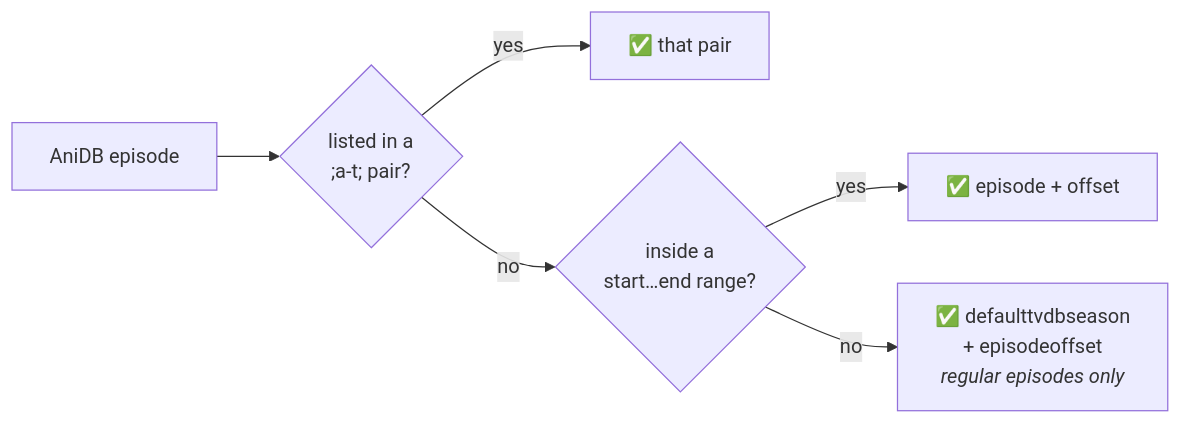
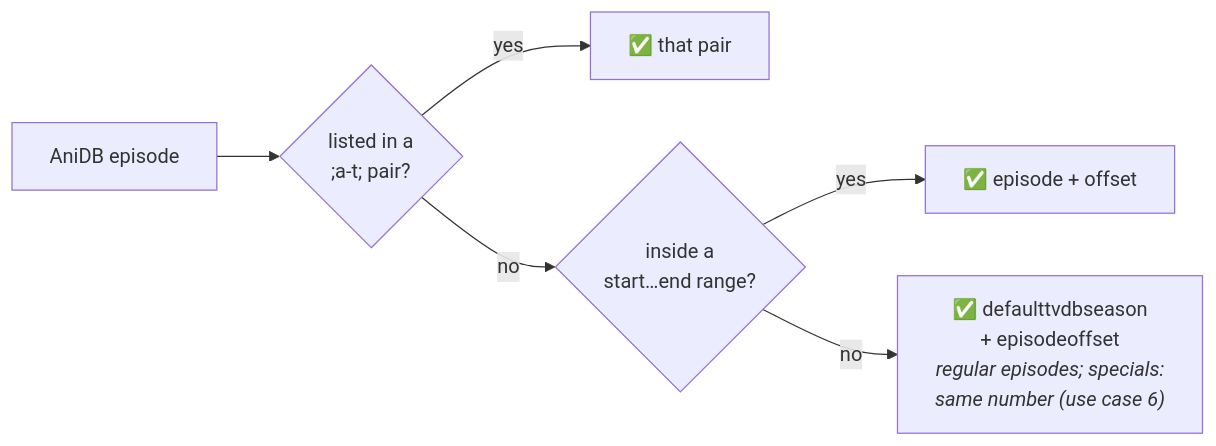
Before and after one commit to KurtzPT/kizuna: the sixth of 6 diagrams in SETUP.md, drawn with Mermaid. The commit also changed other lines of this file and 4 other files, not shown here.

````diff
--- a/SETUP.md
+++ b/SETUP.md
@@ -458,8 +455,8 @@
 ```mermaid
 flowchart LR
     A["AniDB episode"] --> P{"listed in a<br/>;a-t; pair?"}
     P -- yes --> R1["✅ that pair"]
     P -- no --> G{"inside a<br/>start…end range?"}
     G -- yes --> R2["✅ episode + offset"]
-    G -- no --> D["✅ defaulttvdbseason<br/>+ episodeoffset<br/><i>regular episodes only</i>"]
+    G -- no --> D["✅ defaulttvdbseason<br/>+ episodeoffset<br/><i>regular episodes; specials:<br/>same number (use case 6)</i>"]
 ```
````
